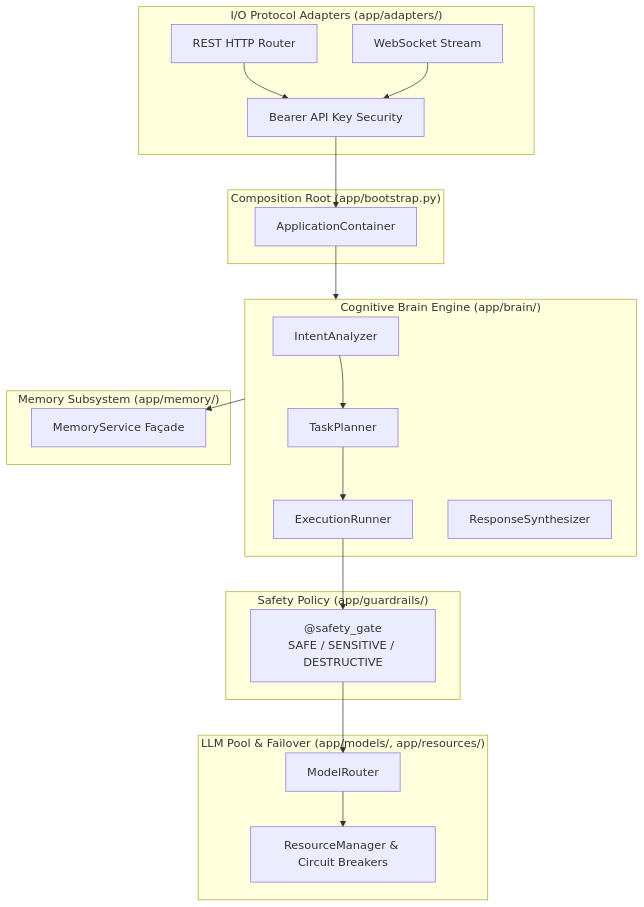
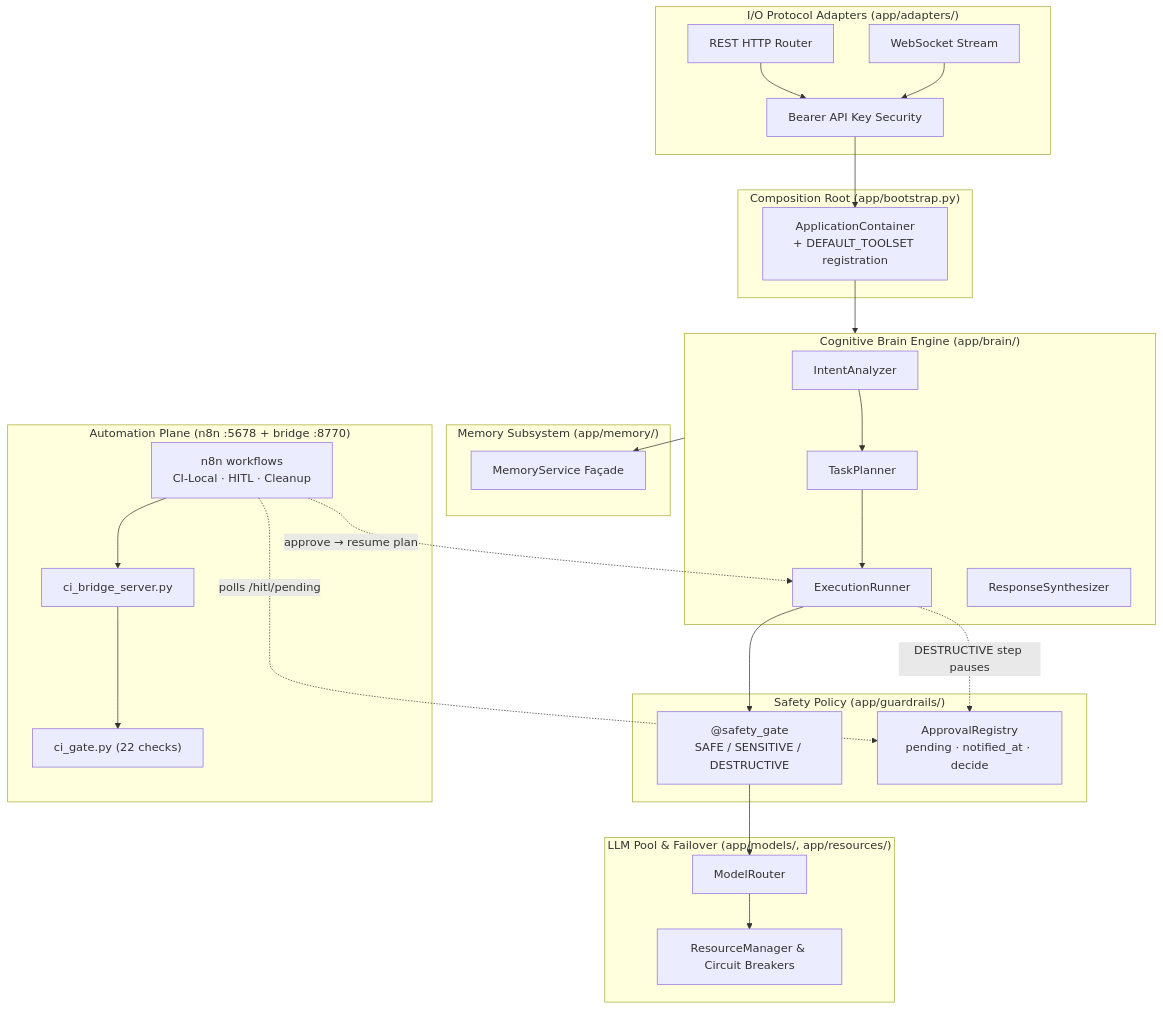
One commit to Er-Sajan-PLG/JARVIS changed the diagram in README.md. Above: the diagram before and after it, drawn with Mermaid. The commit also changed other lines of this file, not shown here.

````diff
--- a/README.md
+++ b/README.md
@@ -41,43 +67,54 @@
 ```mermaid
 flowchart TB
     subgraph ADAPTERS["I/O Protocol Adapters (app/adapters/)"]
         HTTP["REST HTTP Router"]
         WS["WebSocket Stream"]
         AUTH["Bearer API Key Security"]
     end
 
     subgraph BOOTSTRAP["Composition Root (app/bootstrap.py)"]
-        CONTAINER["ApplicationContainer"]
+        CONTAINER["ApplicationContainer<br/>+ DEFAULT_TOOLSET registration"]
     end
 
     subgraph BRAIN["Cognitive Brain Engine (app/brain/)"]
         INTENT["IntentAnalyzer"]
         PLANNER["TaskPlanner"]
         RUNNER["ExecutionRunner"]
         SYNTH["ResponseSynthesizer"]
     end
 
     subgraph GUARDRAILS["Safety Policy (app/guardrails/)"]
         GATE["@safety_gate<br/>SAFE / SENSITIVE / DESTRUCTIVE"]
+        APPROVALS["ApprovalRegistry<br/>pending · notified_at · decide"]
     end
 
     subgraph MODELS["LLM Pool & Failover (app/models/, app/resources/)"]
         ROUTER["ModelRouter"]
         RESMAN["ResourceManager & Circuit Breakers"]
     end
 
     subgraph MEMORY["Memory Subsystem (app/memory/)"]
         SERVICE["MemoryService Façade"]
+    end
+
+    subgraph AUTOMATION["Automation Plane (n8n :5678 + bridge :8770)"]
+        N8N["n8n workflows<br/>CI-Local · HITL · Cleanup"]
+        BRIDGE["ci_bridge_server.py"]
+        CGATE["ci_gate.py (22 checks)"]
     end
 
     HTTP --> AUTH
     WS --> AUTH
     AUTH --> CONTAINER
     CONTAINER --> BRAIN
     INTENT --> PLANNER
     PLANNER --> RUNNER
     RUNNER --> GATE
     GATE --> ROUTER
     ROUTER --> RESMAN
     BRAIN --> SERVICE
+    RUNNER -. "DESTRUCTIVE step pauses" .-> APPROVALS
+    N8N --> BRIDGE --> CGATE
+    N8N -. "polls /hitl/pending" .-> APPROVALS
+    N8N -. "approve → resume plan" .-> RUNNER
 ```
````
